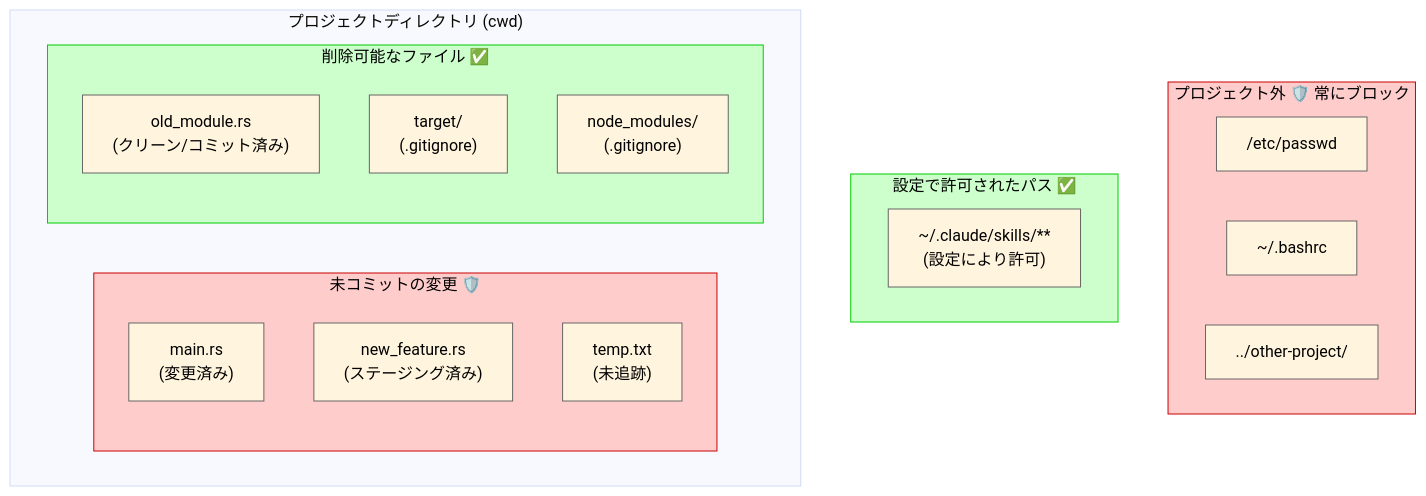
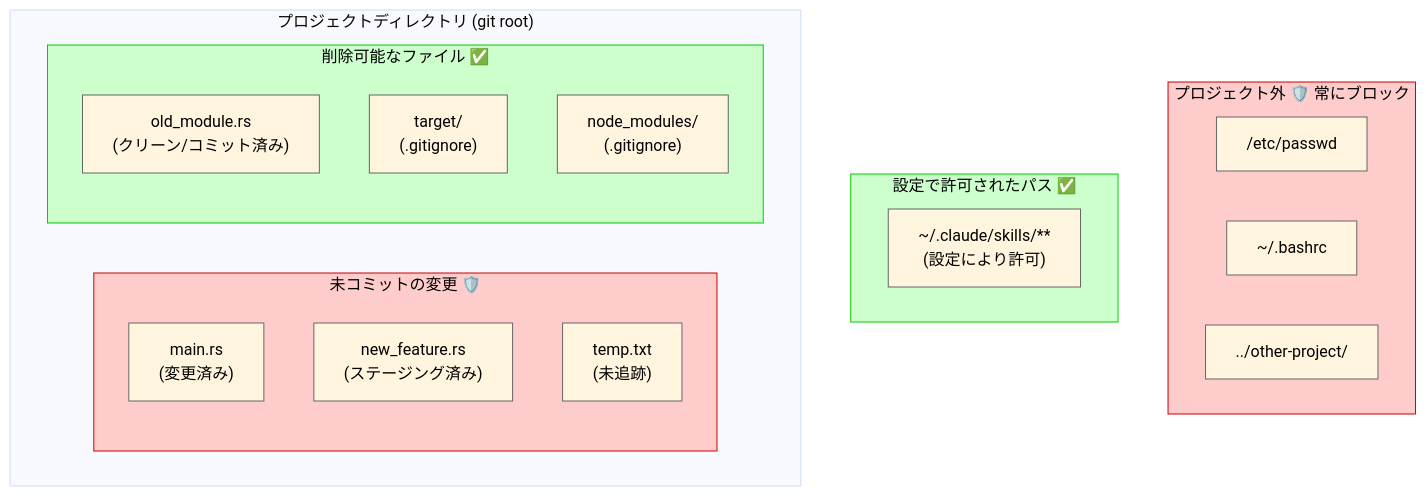
Before and after one commit to owayo/safe-rm: the third of 3 diagrams in README.ja.md, drawn with Mermaid. The commit also changed other lines of this file and 9 other files, not shown here.

````diff
--- a/README.ja.md
+++ b/README.ja.md
@@ -223,32 +223,32 @@
 ```mermaid
 %%{init: {'theme': 'base', 'themeVariables': { 'lineColor': '#666666', 'primaryTextColor': '#000000', 'primaryBorderColor': '#666666' }}}%%
 flowchart TB
     subgraph outside["プロジェクト外 🛡️ 常にブロック"]
         etc["/etc/passwd"]
         home["~/.bashrc"]
         other["../other-project/"]
     end
 
     subgraph allowed["設定で許可されたパス ✅"]
         skills["~/.claude/skills/**<br/>(設定により許可)"]
     end
 
-    subgraph project["プロジェクトディレクトリ (cwd)"]
+    subgraph project["プロジェクトディレクトリ (git root)"]
         subgraph dirty["未コミットの変更 🛡️"]
             modified["main.rs<br/>(変更済み)"]
             staged["new_feature.rs<br/>(ステージング済み)"]
             untracked["temp.txt<br/>(未追跡)"]
         end
 
         subgraph deletable["削除可能なファイル ✅"]
             clean["old_module.rs<br/>(クリーン/コミット済み)"]
             ignored["target/<br/>(.gitignore)"]
             nodemod["node_modules/<br/>(.gitignore)"]
         end
     end
 
     style outside fill:#ffcccc,stroke:#cc0000,color:#000000
     style allowed fill:#ccffcc,stroke:#00cc00,color:#000000
     style dirty fill:#ffcccc,stroke:#cc0000,color:#000000
     style deletable fill:#ccffcc,stroke:#00cc00,color:#000000
 ```
````
